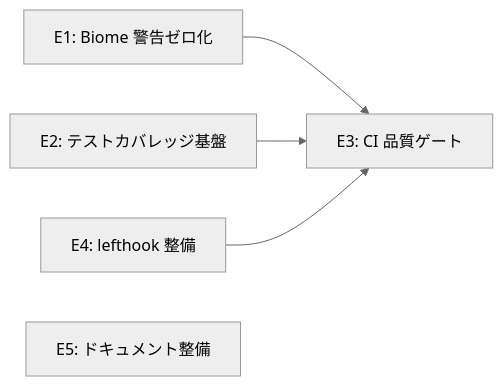
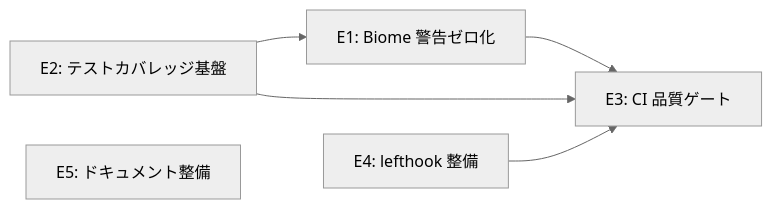
Before and after one commit to spikestudio/unstopia-gateway: the diagram in docs/requirements/PD-001-code-quality-stabilization.md, drawn with Mermaid (neutral theme). The commit also changed other lines of this file, not shown here.

````diff
--- a/docs/requirements/PD-001-code-quality-stabilization.md
+++ b/docs/requirements/PD-001-code-quality-stabilization.md
@@ -101,7 +101,8 @@
 ```mermaid
 graph LR
-    E1[E1: Biome 警告ゼロ化] --> E3[E3: CI 品質ゲート]
-    E2[E2: テストカバレッジ基盤] --> E3
+    E2[E2: テストカバレッジ基盤] --> E1[E1: Biome 警告ゼロ化]
+    E1 --> E3[E3: CI 品質ゲート]
+    E2 --> E3
     E4[E4: lefthook 整備] --> E3
     E5[E5: ドキュメント整備]
 ```
````
